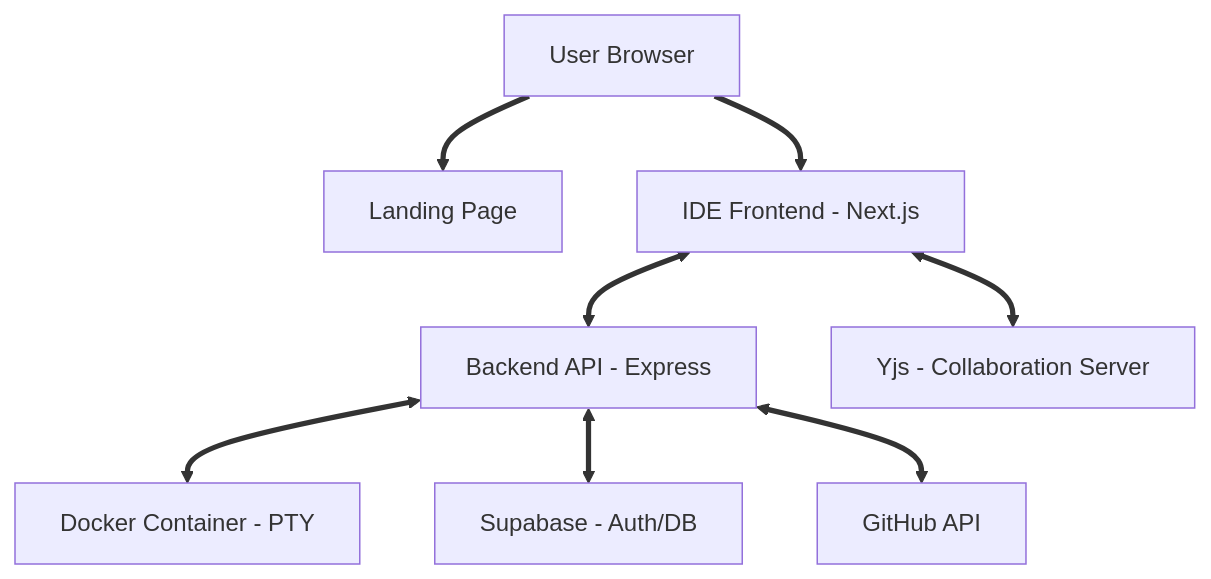
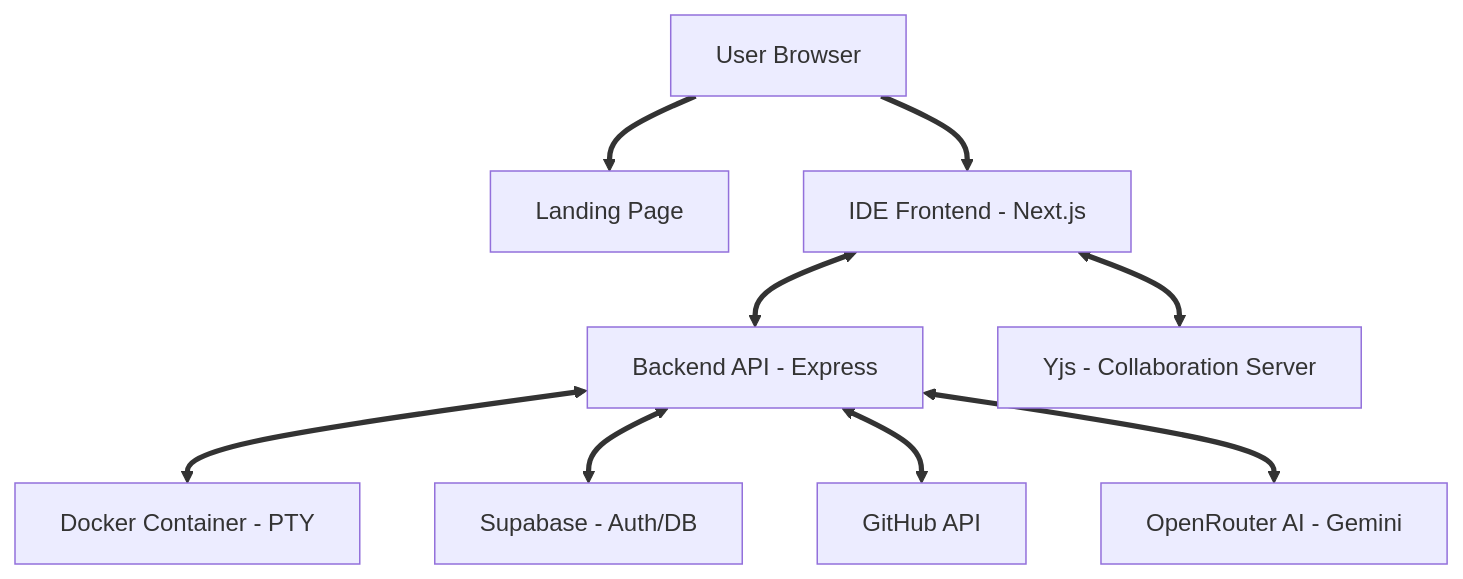
The diagram in README.md (Rajani-Meet/CodeForge-Hub), drawn with Mermaid before and after one commit. The commit also changed other lines of this file, not shown here.

````diff
--- a/README.md
+++ b/README.md
@@ -60,10 +58,11 @@
 ```mermaid
 graph TD
     A[User Browser] ==> B[Landing Page]
     A ==> C[IDE Frontend - Next.js]
     C <==> D[Backend API - Express]
     D <==> E[Docker Container - PTY]
     D <==> F[Supabase - Auth/DB]
     D <==> G[GitHub API]
     C <==> H[Yjs - Collaboration Server]
+    D <==> I[OpenRouter AI - Gemini]
 ```
````
